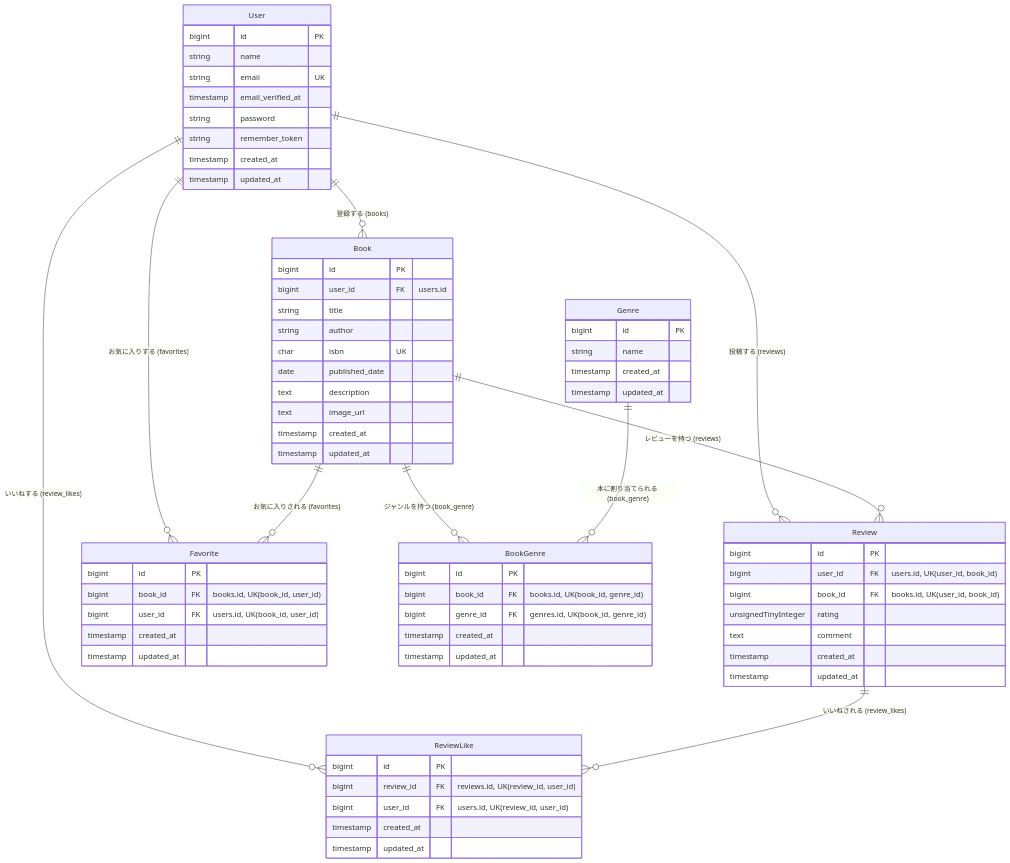
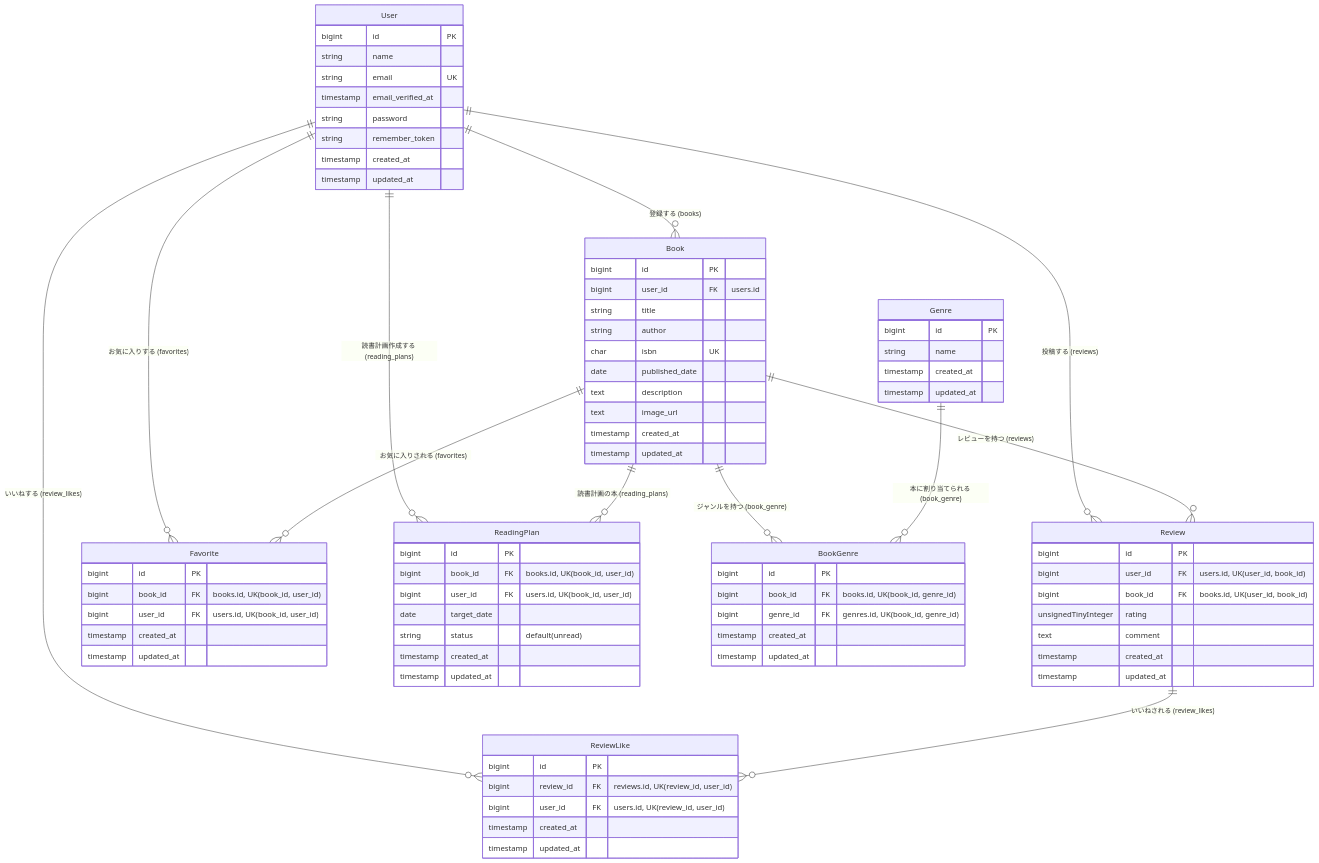
The diagram in bookshelf_ER.md (NobuyoshiShimada/BookShelf-App), drawn with Mermaid before and after one commit. The commit also changed 7 other files, not shown here.

````diff
--- a/bookshelf_ER.md
+++ b/bookshelf_ER.md
@@ -4,10 +4,13 @@
     User ||--o{ Review : "投稿する (reviews)"
     User ||--o{ Favorite : "お気に入りする (favorites)"
     User ||--o{ ReviewLike : "いいねする (review_likes)"
+    User ||--o{ ReadingPlan : "読書計画作成する (reading_plans)"
     
     Book ||--o{ Review : "レビューを持つ (reviews)"
     Book ||--o{ BookGenre : "ジャンルを持つ (book_genre)"
     Book ||--o{ Favorite : "お気に入りされる (favorites)"
+    Book ||--o{ ReadingPlan : "読書計画の本 (reading_plans)"
+
     
     Genre ||--o{ BookGenre : "本に割り当てられる (book_genre)"
     Review ||--o{ ReviewLike : "いいねされる (review_likes)"
@@ -76,4 +79,15 @@
         timestamp created_at
         timestamp updated_at
     }
+
+        ReadingPlan {
+        bigint id PK
+        bigint book_id FK "books.id, UK(book_id, user_id)"
+        bigint user_id FK "users.id, UK(book_id, user_id)"
+        date target_date
+        string status "default(unread)"
+        timestamp created_at
+        timestamp updated_at
+    }
+
 ```
````
